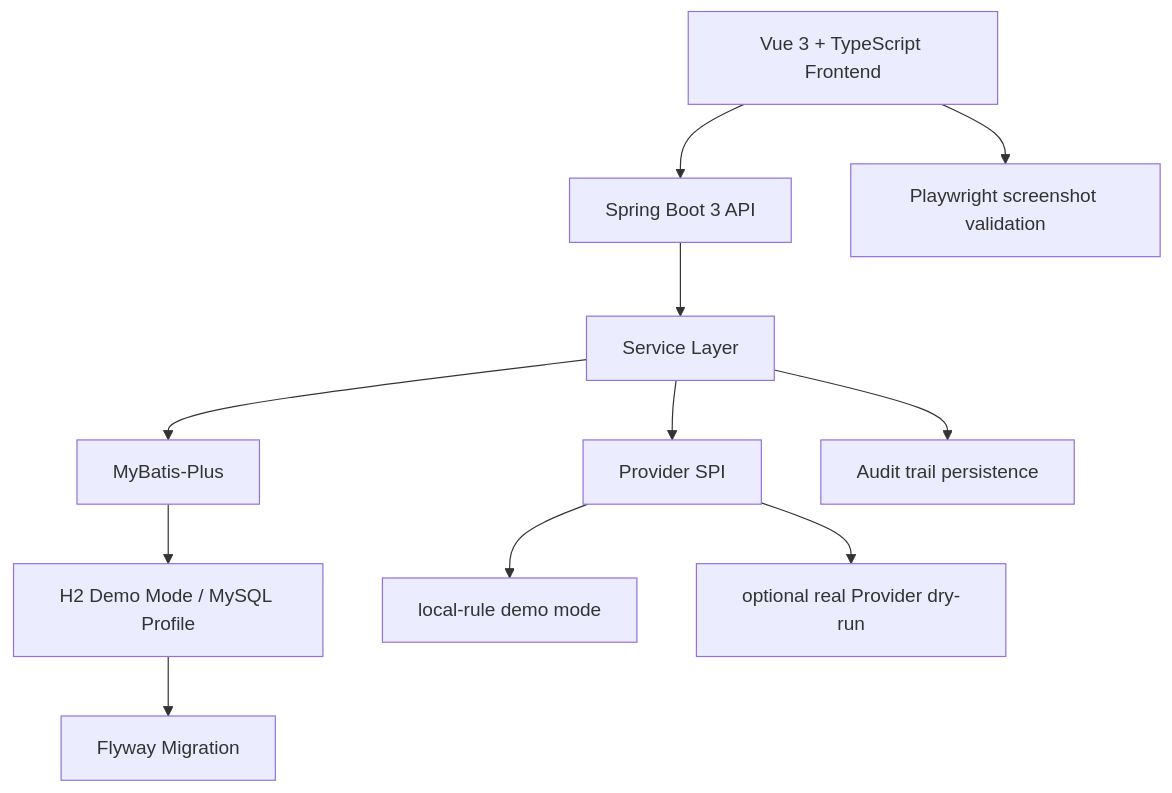
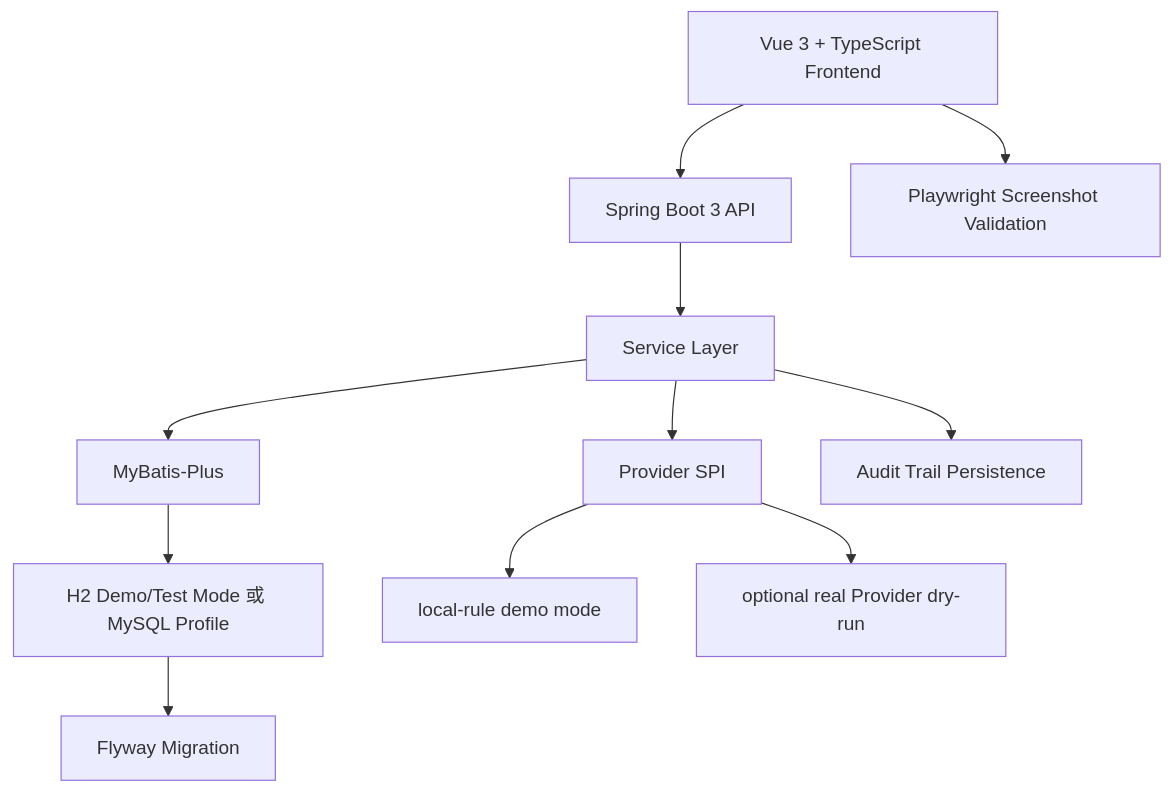
Before and after one commit to jameswilson87156-del/offerflow-copilot: the second of 2 diagrams in README.md, drawn with Mermaid. The commit also changed other lines of this file and 2 other files, not shown here.

````diff
--- a/README.md
+++ b/README.md
@@ -36,14 +48,14 @@
 ```mermaid
 flowchart TB
   UI["Vue 3 + TypeScript Frontend"] --> API["Spring Boot 3 API"]
   API --> Service["Service Layer"]
   Service --> Mapper["MyBatis-Plus"]
-  Mapper --> DB["H2 Demo Mode / MySQL Profile"]
+  Mapper --> DB["H2 Demo/Test Mode 或 MySQL Profile"]
   DB --> Flyway["Flyway Migration"]
 
   Service --> Provider["Provider SPI"]
   Provider --> Local["local-rule demo mode"]
   Provider --> DryRun["optional real Provider dry-run"]
-  Service --> Audit["Audit trail persistence"]
-  UI --> Shots["Playwright screenshot validation"]
+  Service --> Audit["Audit Trail Persistence"]
+  UI --> Shots["Playwright Screenshot Validation"]
 ```
````
